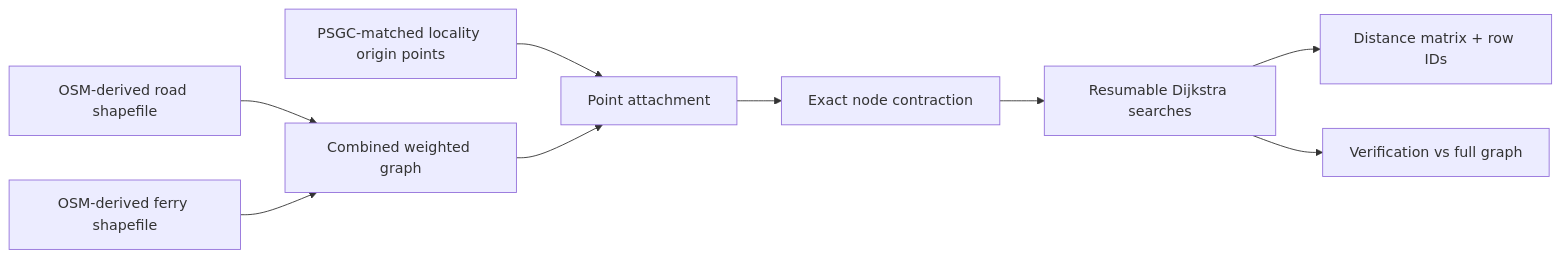
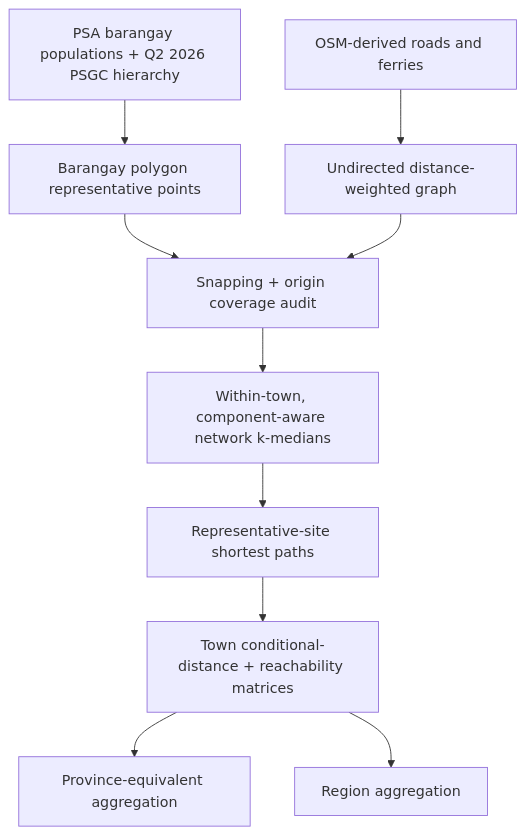
Before and after one commit to miraflor/net-distance-ph: the diagram in docs/index.md, drawn with Mermaid. The commit also changed other lines of this file and 23 other files, not shown here.

````diff
--- a/docs/index.md
+++ b/docs/index.md
@@ -17,11 +30,12 @@
 ```mermaid
-flowchart LR
-  A[OSM-derived road shapefile] --> G[Combined weighted graph]
-  B[OSM-derived ferry shapefile] --> G
-  C[PSGC-matched locality origin points] --> S[Point attachment]
+flowchart TD
+  A[PSA barangay populations + Q2 2026 PSGC hierarchy] --> B[Barangay polygon representative points]
+  O[OSM-derived roads and ferries] --> G[Undirected distance-weighted graph]
+  B --> S[Snapping + origin coverage audit]
   G --> S
-  S --> R[Exact node contraction]
-  R --> M[Resumable Dijkstra searches]
-  M --> O[Distance matrix + row IDs]
-  M --> V[Verification vs full graph]
+  S --> K[Within-town, component-aware network k-medians]
+  K --> R[Representative-site shortest paths]
+  R --> T[Town conditional-distance + reachability matrices]
+  T --> P[Province-equivalent aggregation]
+  T --> Q[Region aggregation]
 ```
````
